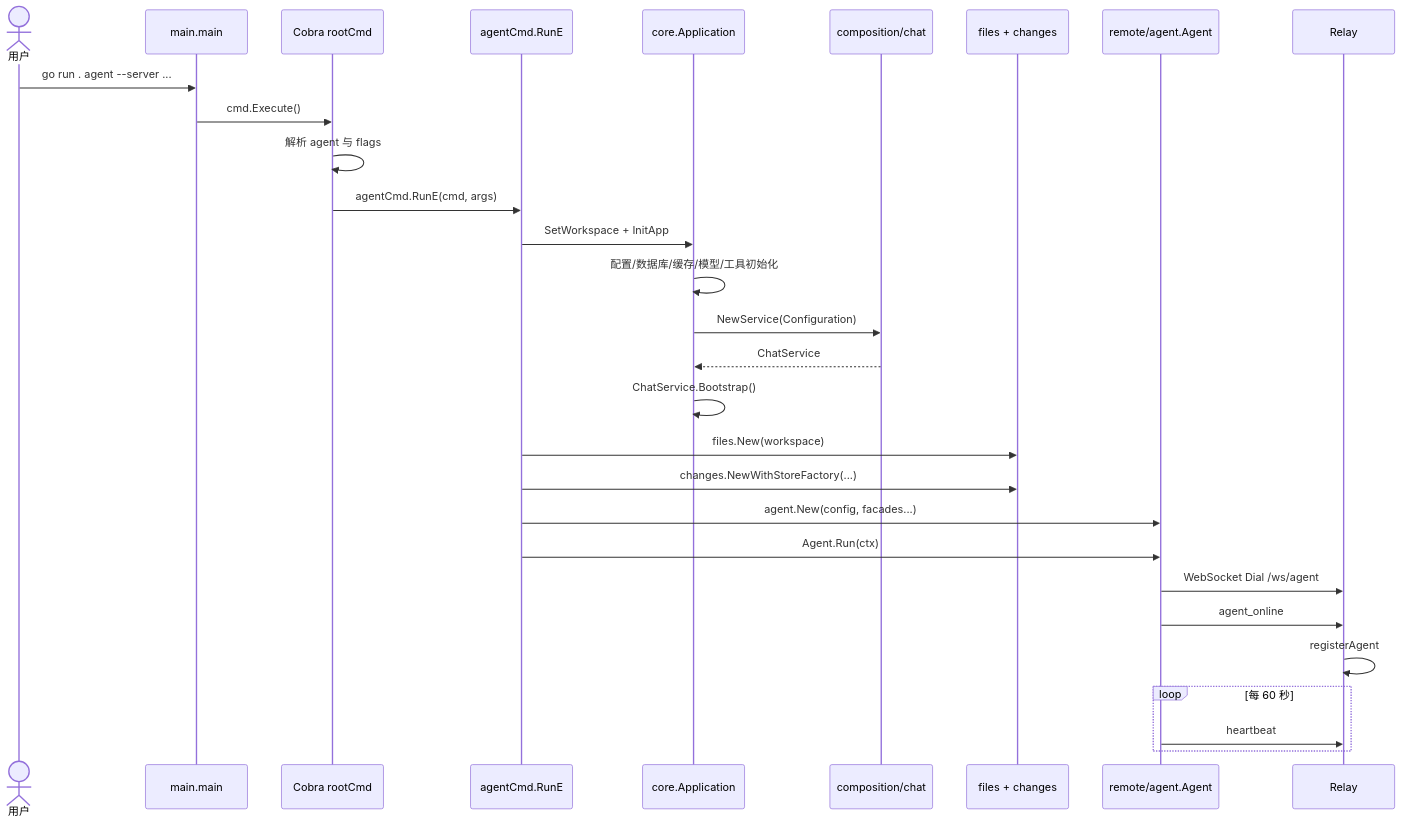
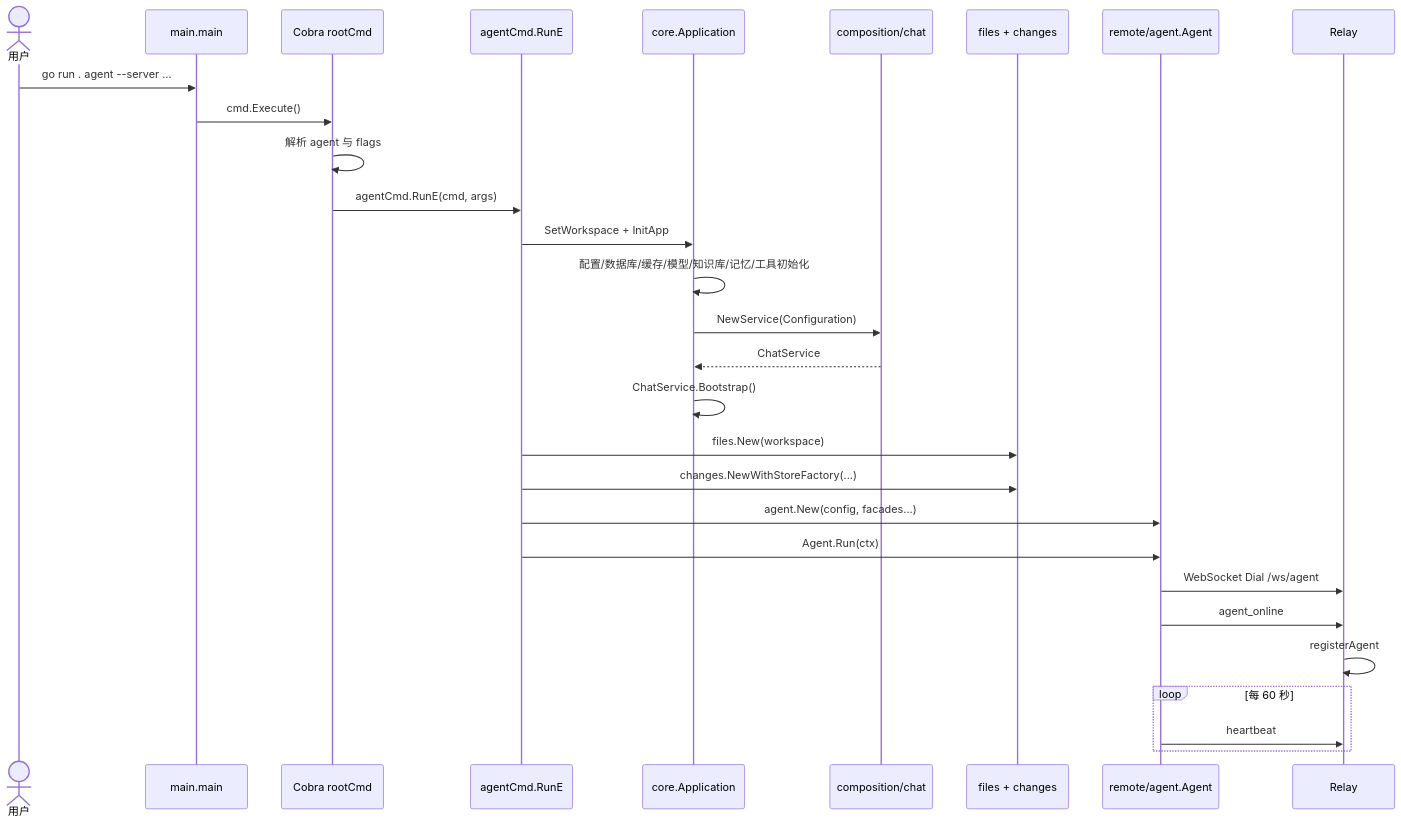
One commit to yourGaomu/myai changed the diagram in FEATURE_AGENT_STARTUP_IMPLEMENTATION.md. Above: the diagram before and after it, drawn with Mermaid. The commit also changed other lines of this file and 63 other files, not shown here.

````diff
--- a/FEATURE_AGENT_STARTUP_IMPLEMENTATION.md
+++ b/FEATURE_AGENT_STARTUP_IMPLEMENTATION.md
@@ -105,32 +105,32 @@
 ```mermaid
 sequenceDiagram
     actor User as 用户
     participant Main as main.main
     participant Cobra as Cobra rootCmd
     participant RunE as agentCmd.RunE
     participant App as core.Application
     participant Compose as composition/chat
     participant Workspace as files + changes
     participant Agent as remote/agent.Agent
     participant Relay as Relay
 
     User->>Main: go run . agent --server ...
     Main->>Cobra: cmd.Execute()
     Cobra->>Cobra: 解析 agent 与 flags
     Cobra->>RunE: agentCmd.RunE(cmd, args)
     RunE->>App: SetWorkspace + InitApp
-    App->>App: 配置/数据库/缓存/模型/工具初始化
+    App->>App: 配置/数据库/缓存/模型/知识库/记忆/工具初始化
     App->>Compose: NewService(Configuration)
     Compose-->>App: ChatService
     App->>App: ChatService.Bootstrap()
     RunE->>Workspace: files.New(workspace)
     RunE->>Workspace: changes.NewWithStoreFactory(...)
     RunE->>Agent: agent.New(config, facades...)
     RunE->>Agent: Agent.Run(ctx)
     Agent->>Relay: WebSocket Dial /ws/agent
     Agent->>Relay: agent_online
     Relay->>Relay: registerAgent
     loop 每 60 秒
         Agent->>Relay: heartbeat
     end
 ```
````
